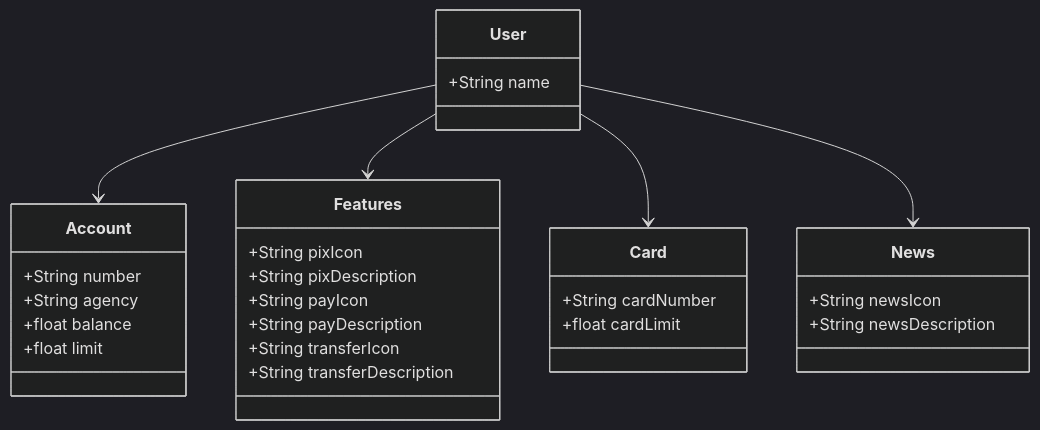
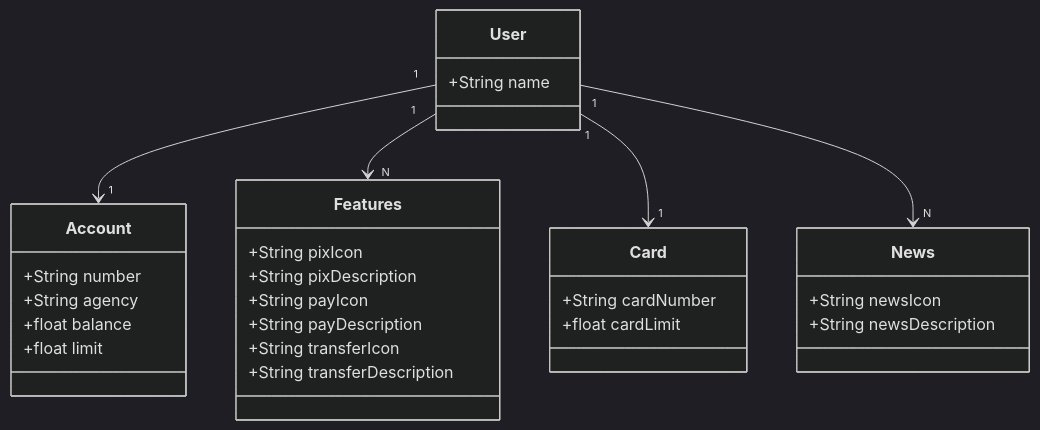
One commit to felkj/restful-api-java changed the diagram in README.md. Above: the diagram before and after it, drawn with Mermaid (dark theme).

````diff
--- a/README.md
+++ b/README.md
@@ -5,37 +5,37 @@
 ```mermaid
 classDiagram
     class User {
         +String name
     }
 
     class Account {
         +String number
         +String agency
         +float balance
         +float limit
     }
 
     class Features {
         +String pixIcon
         +String pixDescription
         +String payIcon
         +String payDescription
         +String transferIcon
         +String transferDescription
     }
 
     class Card {
         +String cardNumber
         +float cardLimit
     }
 
     class News {
         +String newsIcon
         +String newsDescription
     }
 
-    User --> Account
-    User --> Features
-    User --> Card
-    User --> News
+    User "1"-->"1" Account
+    User "1"-->"N" Features
+    User "1"--> "1"Card
+    User "1"-->"N" News
 ```
````
